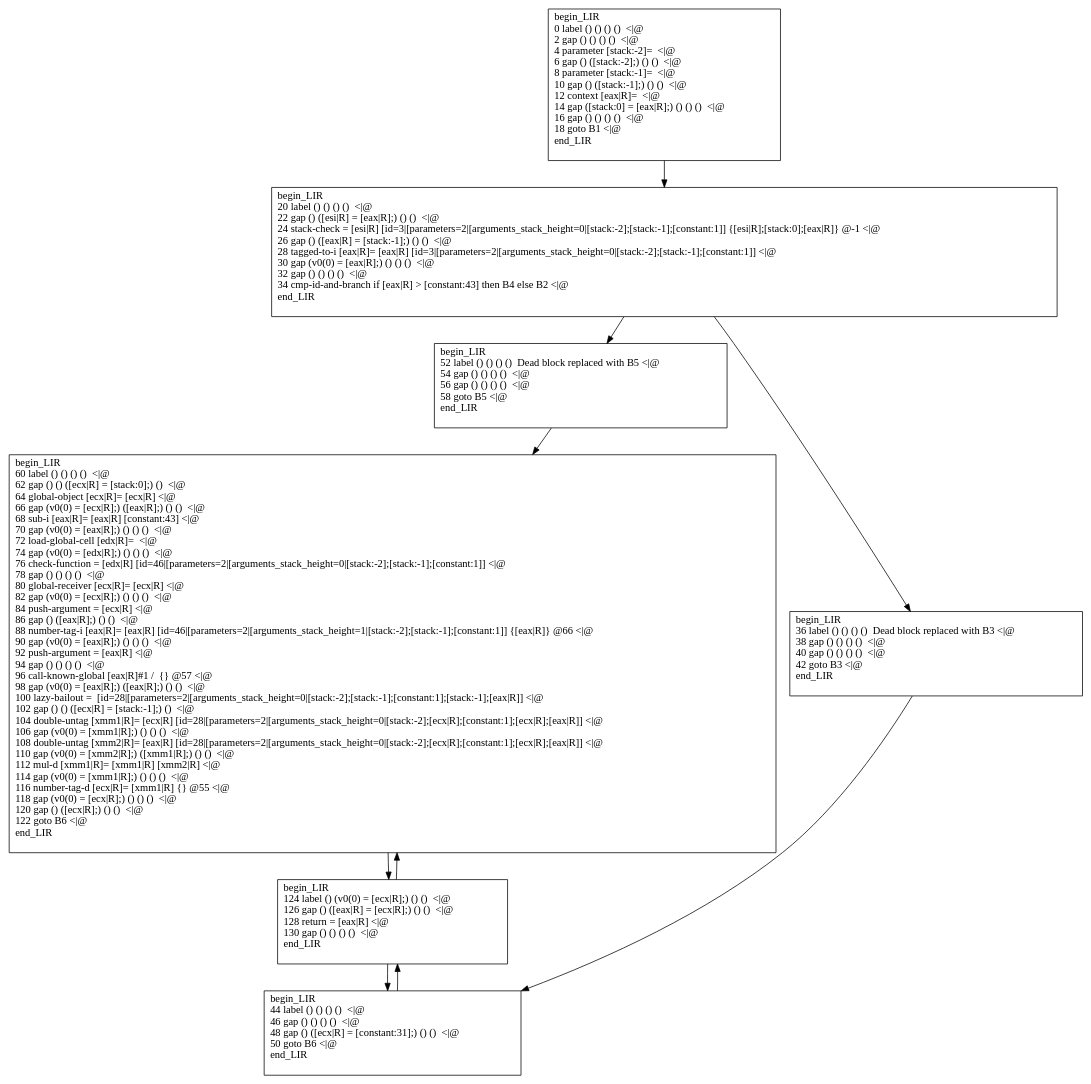
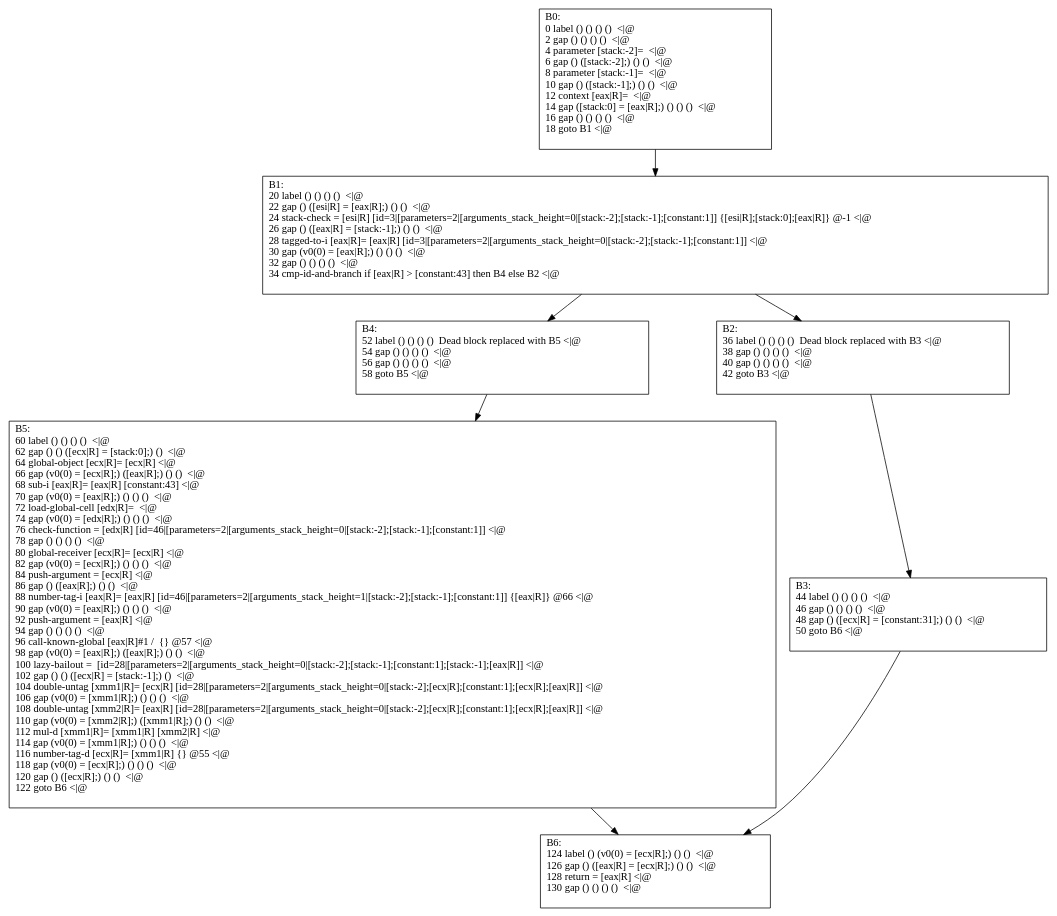
The second of 2 diagrams in src/blog.rst (nothingcosmos/V8Crankshaft), drawn with Graphviz before and after one commit. The commit also changed other lines of this file and 4 other files, not shown here.

```diff
--- a/src/blog.rst
+++ b/src/blog.rst
@@ -528,27 +544,25 @@
 .. graphviz::
 
-  digraph factFor {
+  digraph factIf {
 
-  B0 [shape=box, label=" begin_LIR \l 0 label () () () ()  <|@ \l 2 gap () () () ()  <|@ \l 4 parameter [stack:-2]=  <|@ \l 6 gap () ([stack:-2];) () ()  <|@ \l 8 parameter [stack:-1]=  <|@ \l 10 gap () ([stack:-1];) () ()  <|@ \l 12 context [eax|R]=  <|@ \l 14 gap ([stack:0] = [eax|R];) () () ()  <|@ \l 16 gap () () () ()  <|@ \l 18 goto B1 <|@ \l end_LIR \l "];
+  B0 [shape=box, label="B0:\l 0 label () () () ()  <|@ \l 2 gap () () () ()  <|@ \l 4 parameter [stack:-2]=  <|@ \l 6 gap () ([stack:-2];) () ()  <|@ \l 8 parameter [stack:-1]=  <|@ \l 10 gap () ([stack:-1];) () ()  <|@ \l 12 context [eax|R]=  <|@ \l 14 gap ([stack:0] = [eax|R];) () () ()  <|@ \l 16 gap () () () ()  <|@ \l 18 goto B1 <|@ \l "];
   B0 -> B1;
 
-  B1 [shape=box, label=" begin_LIR \l 20 label () () () ()  <|@ \l 22 gap () ([esi|R] = [eax|R];) () ()  <|@ \l 24 stack-check = [esi|R] [id=3|[parameters=2|[arguments_stack_height=0|[stack:-2];[stack:-1];[constant:1]] {[esi|R];[stack:0];[eax|R]} @-1 <|@ \l 26 gap () ([eax|R] = [stack:-1];) () ()  <|@ \l 28 tagged-to-i [eax|R]= [eax|R] [id=3|[parameters=2|[arguments_stack_height=0|[stack:-2];[stack:-1];[constant:1]] <|@ \l 30 gap (v0(0) = [eax|R];) () () ()  <|@ \l 32 gap () () () ()  <|@ \l 34 cmp-id-and-branch if [eax|R] > [constant:43] then B4 else B2 <|@  \l end_LIR \l "];
+  B1 [shape=box, label="B1:\l 20 label () () () ()  <|@ \l 22 gap () ([esi|R] = [eax|R];) () ()  <|@ \l 24 stack-check = [esi|R] [id=3|[parameters=2|[arguments_stack_height=0|[stack:-2];[stack:-1];[constant:1]] {[esi|R];[stack:0];[eax|R]} @-1 <|@ \l 26 gap () ([eax|R] = [stack:-1];) () ()  <|@ \l 28 tagged-to-i [eax|R]= [eax|R] [id=3|[parameters=2|[arguments_stack_height=0|[stack:-2];[stack:-1];[constant:1]] <|@ \l 30 gap (v0(0) = [eax|R];) () () ()  <|@ \l 32 gap () () () ()  <|@ \l 34 cmp-id-and-branch if [eax|R] > [constant:43] then B4 else B2 <|@  \l "];
   B1 -> B4;
   B1 -> B2;
 
-  B2 [shape=box, label=" begin_LIR \l 36 label () () () ()  Dead block replaced with B3 <|@ \l 38 gap () () () ()  <|@ \l 40 gap () () () ()  <|@ \l 42 goto B3 <|@ \l end_LIR \l "];
+  B2 [shape=box, label="B2:\l 36 label () () () ()  Dead block replaced with B3 <|@ \l 38 gap () () () ()  <|@ \l 40 gap () () () ()  <|@ \l 42 goto B3 <|@ \l "];
   B2 -> B3;
 
-  B3 [shape=box, label=" begin_LIR \l 44 label () () () ()  <|@ \l 46 gap () () () ()  <|@ \l 48 gap () ([ecx|R] = [constant:31];) () ()  <|@ \l 50 goto B6 <|@ \l end_LIR \l "];
+  B3 [shape=box, label="B3:\l 44 label () () () ()  <|@ \l 46 gap () () () ()  <|@ \l 48 gap () ([ecx|R] = [constant:31];) () ()  <|@ \l 50 goto B6 <|@ \l "];
   B3 -> B6;
 
-  B4 [shape=box, label=" begin_LIR \l 52 label () () () ()  Dead block replaced with B5 <|@ \l 54 gap () () () ()  <|@ \l 56 gap () () () ()  <|@ \l 58 goto B5 <|@ \l end_LIR \l "];
+  B4 [shape=box, label="B4:\l 52 label () () () ()  Dead block replaced with B5 <|@ \l 54 gap () () () ()  <|@ \l 56 gap () () () ()  <|@ \l 58 goto B5 <|@ \l "];
   B4 -> B5;
 
-  B5 [shape=box, label=" begin_LIR \l 60 label () () () ()  <|@ \l 62 gap () () ([ecx|R] = [stack:0];) ()  <|@ \l 64 global-object [ecx|R]= [ecx|R] <|@ \l 66 gap (v0(0) = [ecx|R];) ([eax|R];) () ()  <|@ \l 68 sub-i [eax|R]= [eax|R] [constant:43] <|@ \l 70 gap (v0(0) = [eax|R];) () () ()  <|@ \l 72 load-global-cell [edx|R]=  <|@ \l 74 gap (v0(0) = [edx|R];) () () ()  <|@ \l 76 check-function = [edx|R] [id=46|[parameters=2|[arguments_stack_height=0|[stack:-2];[stack:-1];[constant:1]] <|@ \l 78 gap () () () ()  <|@ \l 80 global-receiver [ecx|R]= [ecx|R] <|@ \l 82 gap (v0(0) = [ecx|R];) () () ()  <|@ \l 84 push-argument = [ecx|R] <|@ \l 86 gap () ([eax|R];) () ()  <|@ \l 88 number-tag-i [eax|R]= [eax|R] [id=46|[parameters=2|[arguments_stack_height=1|[stack:-2];[stack:-1];[constant:1]] {[eax|R]} @66 <|@ \l 90 gap (v0(0) = [eax|R];) () () ()  <|@ \l 92 push-argument = [eax|R] <|@ \l 94 gap () () () ()  <|@ \l 96 call-known-global [eax|R]#1 /  {} @57 <|@ \l 98 gap (v0(0) = [eax|R];) ([eax|R];) () ()  <|@ \l 100 lazy-bailout =  [id=28|[parameters=2|[arguments_stack_height=0|[stack:-2];[stack:-1];[constant:1];[stack:-1];[eax|R]] <|@ \l 102 gap () () ([ecx|R] = [stack:-1];) ()  <|@ \l 104 double-untag [xmm1|R]= [ecx|R] [id=28|[parameters=2|[arguments_stack_height=0|[stack:-2];[ecx|R];[constant:1];[ecx|R];[eax|R]] <|@ \l 106 gap (v0(0) = [xmm1|R];) () () ()  <|@ \l 108 double-untag [xmm2|R]= [eax|R] [id=28|[parameters=2|[arguments_stack_height=0|[stack:-2];[ecx|R];[constant:1];[ecx|R];[eax|R]] <|@ \l 110 gap (v0(0) = [xmm2|R];) ([xmm1|R];) () ()  <|@ \l 112 mul-d [xmm1|R]= [xmm1|R] [xmm2|R] <|@ \l 114 gap (v0(0) = [xmm1|R];) () () ()  <|@ \l 116 number-tag-d [ecx|R]= [xmm1|R] {} @55 <|@ \l 118 gap (v0(0) = [ecx|R];) () () ()  <|@ \l 120 gap () ([ecx|R];) () ()  <|@ \l 122 goto B6 <|@ \l end_LIR \l "];
+  B5 [shape=box, label="B5:\l 60 label () () () ()  <|@ \l 62 gap () () ([ecx|R] = [stack:0];) ()  <|@ \l 64 global-object [ecx|R]= [ecx|R] <|@ \l 66 gap (v0(0) = [ecx|R];) ([eax|R];) () ()  <|@ \l 68 sub-i [eax|R]= [eax|R] [constant:43] <|@ \l 70 gap (v0(0) = [eax|R];) () () ()  <|@ \l 72 load-global-cell [edx|R]=  <|@ \l 74 gap (v0(0) = [edx|R];) () () ()  <|@ \l 76 check-function = [edx|R] [id=46|[parameters=2|[arguments_stack_height=0|[stack:-2];[stack:-1];[constant:1]] <|@ \l 78 gap () () () ()  <|@ \l 80 global-receiver [ecx|R]= [ecx|R] <|@ \l 82 gap (v0(0) = [ecx|R];) () () ()  <|@ \l 84 push-argument = [ecx|R] <|@ \l 86 gap () ([eax|R];) () ()  <|@ \l 88 number-tag-i [eax|R]= [eax|R] [id=46|[parameters=2|[arguments_stack_height=1|[stack:-2];[stack:-1];[constant:1]] {[eax|R]} @66 <|@ \l 90 gap (v0(0) = [eax|R];) () () ()  <|@ \l 92 push-argument = [eax|R] <|@ \l 94 gap () () () ()  <|@ \l 96 call-known-global [eax|R]#1 /  {} @57 <|@ \l 98 gap (v0(0) = [eax|R];) ([eax|R];) () ()  <|@ \l 100 lazy-bailout =  [id=28|[parameters=2|[arguments_stack_height=0|[stack:-2];[stack:-1];[constant:1];[stack:-1];[eax|R]] <|@ \l 102 gap () () ([ecx|R] = [stack:-1];) ()  <|@ \l 104 double-untag [xmm1|R]= [ecx|R] [id=28|[parameters=2|[arguments_stack_height=0|[stack:-2];[ecx|R];[constant:1];[ecx|R];[eax|R]] <|@ \l 106 gap (v0(0) = [xmm1|R];) () () ()  <|@ \l 108 double-untag [xmm2|R]= [eax|R] [id=28|[parameters=2|[arguments_stack_height=0|[stack:-2];[ecx|R];[constant:1];[ecx|R];[eax|R]] <|@ \l 110 gap (v0(0) = [xmm2|R];) ([xmm1|R];) () ()  <|@ \l 112 mul-d [xmm1|R]= [xmm1|R] [xmm2|R] <|@ \l 114 gap (v0(0) = [xmm1|R];) () () ()  <|@ \l 116 number-tag-d [ecx|R]= [xmm1|R] {} @55 <|@ \l 118 gap (v0(0) = [ecx|R];) () () ()  <|@ \l 120 gap () ([ecx|R];) () ()  <|@ \l 122 goto B6 <|@ \l "];
   B5 -> B6;
 
-  B6 [shape=box, label=" begin_LIR \l 124 label () (v0(0) = [ecx|R];) () ()  <|@ \l 126 gap () ([eax|R] = [ecx|R];) () ()  <|@ \l 128 return = [eax|R] <|@ \l 130 gap () () () ()  <|@ \l end_LIR \l "];
-  B6 -> B5;
-  B6 -> B3;
+  B6 [shape=box, label="B6:\l 124 label () (v0(0) = [ecx|R];) () ()  <|@ \l 126 gap () ([eax|R] = [ecx|R];) () ()  <|@ \l 128 return = [eax|R] <|@ \l 130 gap () () () ()  <|@ \l "];
   }
```
